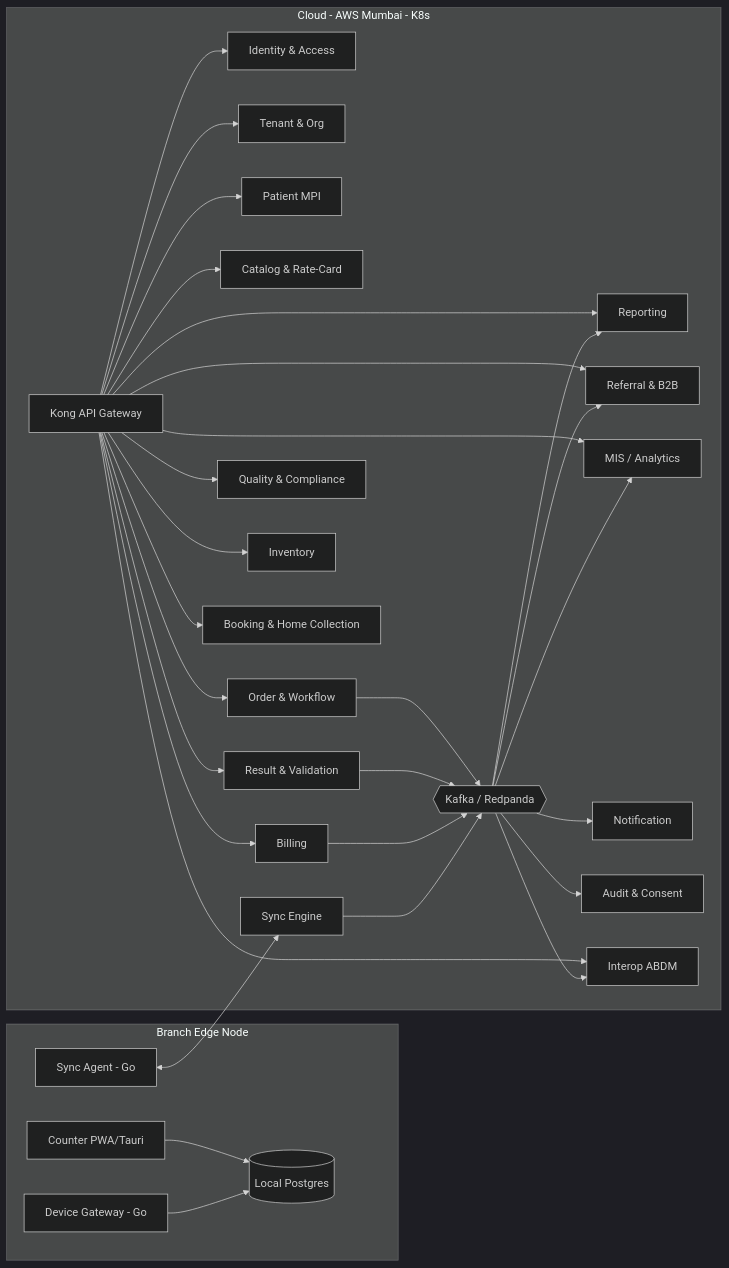
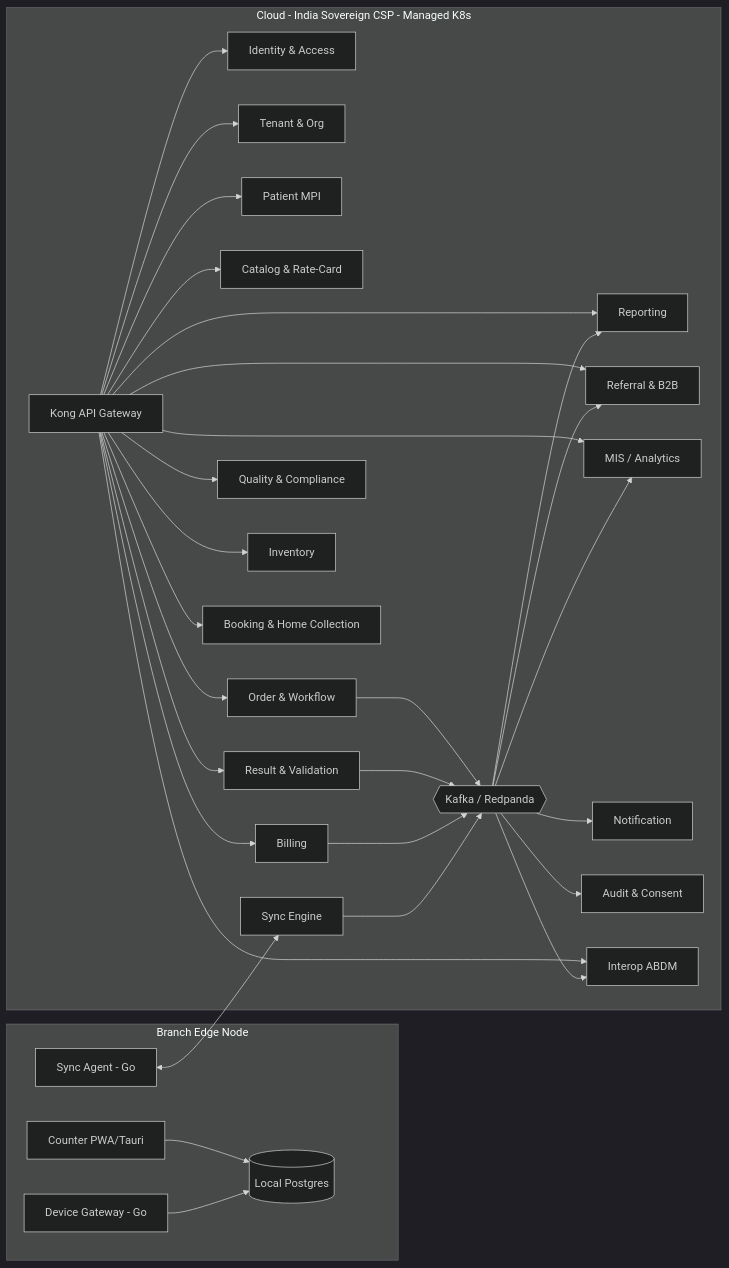
Before and after one commit to pulluri-sridhar/DiagDesk: the second of 4 diagrams in docs/technical-architecture.md, drawn with Mermaid (dark theme). The commit also changed other lines of this file and 4 other files, not shown here.

````diff
--- a/docs/technical-architecture.md
+++ b/docs/technical-architecture.md
@@ -101,40 +101,40 @@
 ```mermaid
 graph LR
   subgraph Edge[Branch Edge Node]
     EApp[Counter PWA/Tauri]
     EStore[(Local Postgres)]
     ESync[Sync Agent - Go]
     EDev[Device Gateway - Go]
   end
-  subgraph Cloud[Cloud - AWS Mumbai - K8s]
+  subgraph Cloud[Cloud - India Sovereign CSP - Managed K8s]
     KONG[Kong API Gateway]
     IAM[Identity & Access]
     TEN[Tenant & Org]
     PAT[Patient MPI]
     CAT[Catalog & Rate-Card]
     ORD[Order & Workflow]
     RES[Result & Validation]
     REP[Reporting]
     BIL[Billing]
     REF[Referral & B2B]
     QC[Quality & Compliance]
     INV[Inventory]
     BOOK[Booking & Home Collection]
     MIS[MIS / Analytics]
     NOTI[Notification]
     AUD[Audit & Consent]
     SYNC[Sync Engine]
     INTEROP[Interop ABDM]
     BUS{{Kafka / Redpanda}}
   end
 
   EApp --> EStore
   EDev --> EStore
   ESync <--> SYNC
   KONG --> IAM & TEN & PAT & CAT & ORD & RES & REP & BIL & REF & QC & INV & BOOK & MIS & INTEROP
   ORD --> BUS
   RES --> BUS
   BIL --> BUS
   BUS --> REP & REF & MIS & NOTI & AUD & INTEROP
   SYNC --> BUS
 ```
````
